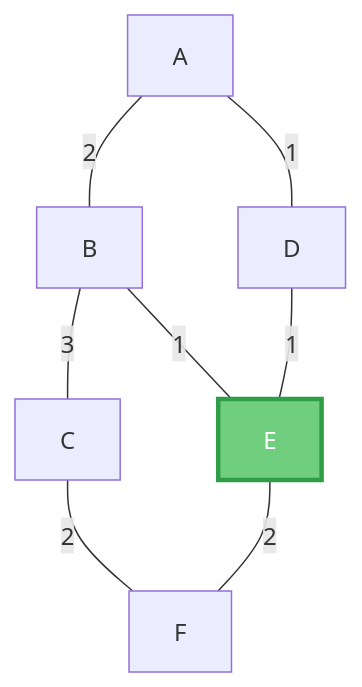
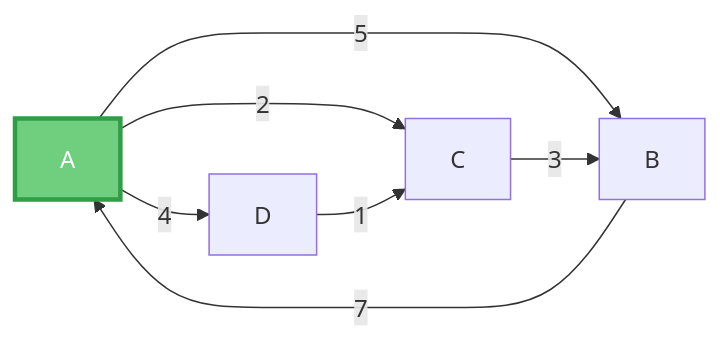
The eighth of 8 diagrams in 02-algoritmos-grafos.md (frijolitobandido/Guia_Matematica_Discreta), drawn with Mermaid before and after one commit. The commit also changed other lines of this file, not shown here.

````diff
--- a/02-algoritmos-grafos.md
+++ b/02-algoritmos-grafos.md
@@ -418,12 +583,11 @@
 ```mermaid
-graph TD
-    A ---|2| B
-    A ---|1| D
-    B ---|3| C
-    B ---|1| E
-    D ---|1| E
-    C ---|2| F
-    E ---|2| F
+graph LR
+    A -->|5| B
+    A -->|2| C
+    A -->|4| D
+    B -->|7| A
+    C -->|3| B
+    D -->|1| C
 
-    style E fill:#6fcf7f,color:#fff,stroke:#2f9e46,stroke-width:3px
+    style A fill:#6fcf7f,color:#fff,stroke:#2f9e46,stroke-width:3px
 ```
````
